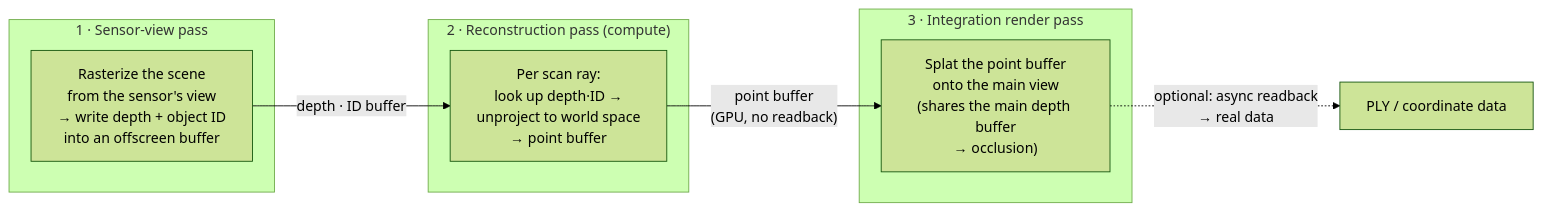
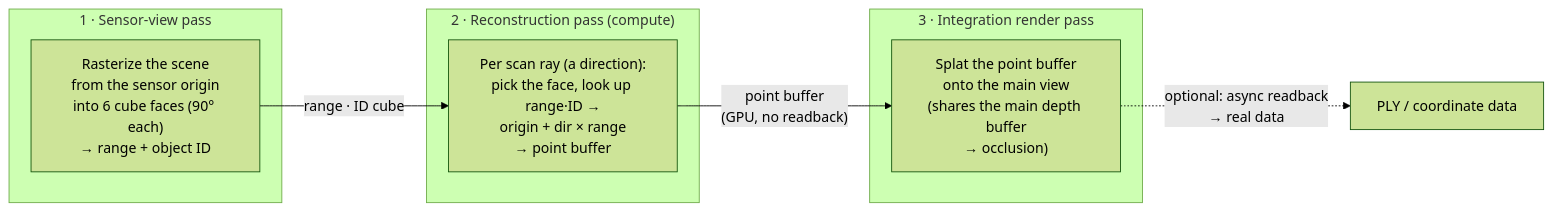
One commit to wonhotoss/LiDAR-mimic changed the diagram in README.md. Above: the diagram before and after it, drawn with Mermaid (forest theme). The commit also changed other lines of this file and 16 other files, not shown here.

First line of the commit message:
Cubemap sensor, spinning scan pattern, per-frame sweep

````diff
--- a/README.md
+++ b/README.md
@@ -74,15 +73,15 @@
 ```mermaid
 flowchart LR
     subgraph P1["1 · Sensor-view pass"]
-        A["Rasterize the scene<br/>from the sensor's view<br/>→ write depth + object ID<br/>into an offscreen buffer"]
+        A["Rasterize the scene<br/>from the sensor origin<br/>into 6 cube faces (90° each)<br/>→ range + object ID"]
     end
     subgraph P2["2 · Reconstruction pass (compute)"]
-        B["Per scan ray:<br/>look up depth·ID →<br/>unproject to world space<br/>→ point buffer"]
+        B["Per scan ray (a direction):<br/>pick the face, look up range·ID →<br/>origin + dir × range<br/>→ point buffer"]
     end
     subgraph P3["3 · Integration render pass"]
         C["Splat the point buffer<br/>onto the main view<br/>(shares the main depth buffer<br/>→ occlusion)"]
     end
-    A -->|"depth · ID buffer"| B
+    A -->|"range · ID cube"| B
     B -->|"point buffer<br/>(GPU, no readback)"| C
     C -.->|"optional: async readback<br/>→ real data"| D["PLY / coordinate data"]
 ```
````
